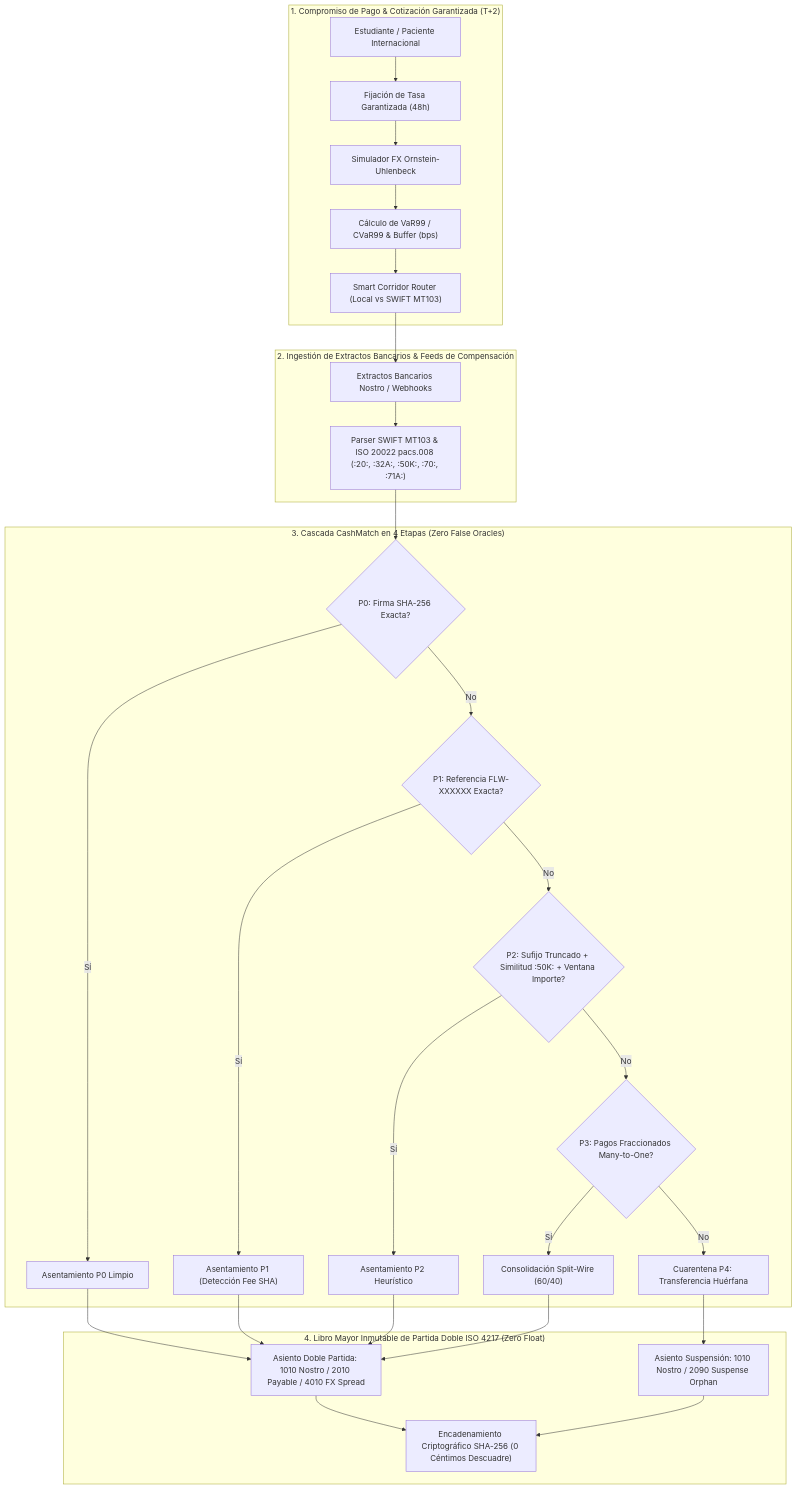
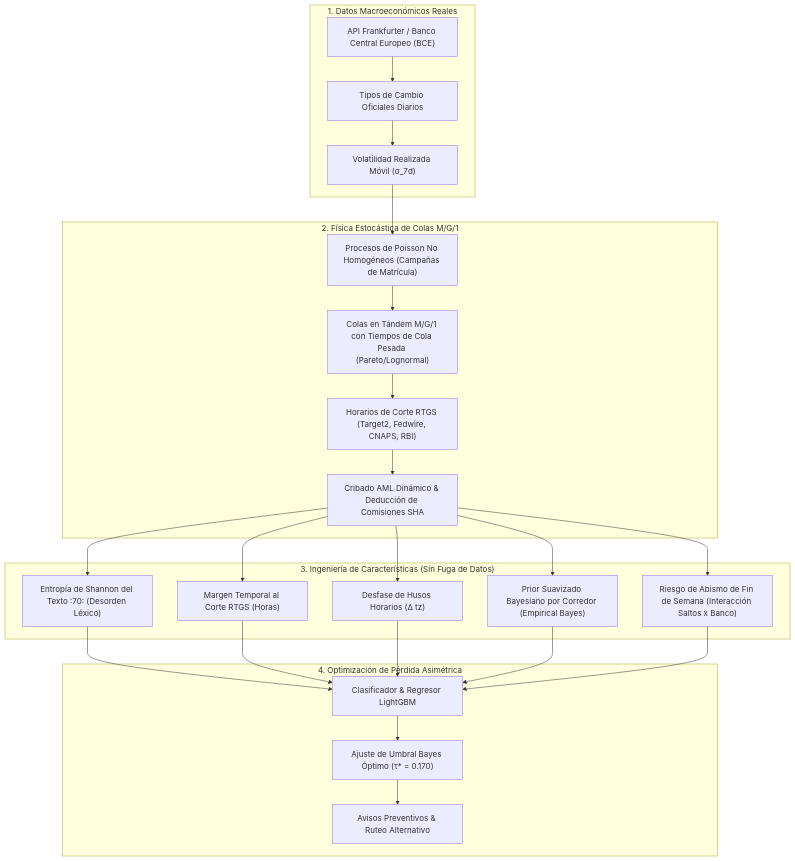
Before and after one commit to JuanDie778/crossborder-fx-reconciliation: the second of 3 diagrams in README.md, drawn with Mermaid. The commit also changed other lines of this file and 31 other files, not shown here.

````diff
--- a/README.md
+++ b/README.md
@@ -22,32 +106,28 @@
 ```mermaid
 flowchart TD
-    subgraph S1["1. Compromiso de Pago & Cotización Garantizada (T+2)"]
-        A["Estudiante / Paciente Internacional"] --> B["Fijación de Tasa Garantizada (48h)"]
-        B --> C["Simulador FX Ornstein-Uhlenbeck"]
-        C --> D["Cálculo de VaR99 / CVaR99 & Buffer (bps)"]
-        D --> E["Smart Corridor Router (Local vs SWIFT MT103)"]
+    subgraph S1["1. Datos Macroeconómicos Reales"]
+        A["API Frankfurter / Banco Central Europeo (BCE)"] --> B["Tipos de Cambio Oficiales Diarios"]
+        B --> C["Volatilidad Realizada Móvil (σ_7d)"]
     end
 
-    subgraph S2["2. Ingestión de Extractos Bancarios & Feeds de Compensación"]
-        E --> F["Extractos Bancarios Nostro / Webhooks"]
-        F --> G["Parser SWIFT MT103 & ISO 20022 pacs.008 (:20:, :32A:, :50K:, :70:, :71A:)"]
+    subgraph S2["2. Física Estocástica de Colas M/G/1"]
+        C --> D["Procesos de Poisson No Homogéneos (Campañas de Matrícula)"]
+        D --> E["Colas en Tándem M/G/1 con Tiempos de Cola Pesada (Pareto/Lognormal)"]
+        E --> F["Horarios de Corte RTGS (Target2, Fedwire, CNAPS, RBI)"]
+        F --> G["Cribado AML Dinámico & Deducción de Comisiones SHA"]
     end
 
-    subgraph S3["3. Cascada CashMatch en 4 Etapas (Zero False Oracles)"]
-        G --> P0{"P0: Firma SHA-256 Exacta?"}
-        P0 -- Sí --> R0["Asentamiento P0 Limpio"]
-        P0 -- No --> P1{"P1: Referencia FLW-XXXXXX Exacta?"}
-        P1 -- Sí --> R1["Asentamiento P1 (Detección Fee SHA)"]
-        P1 -- No --> P2{"P2: Sufijo Truncado + Similitud :50K: + Ventana Importe?"}
-        P2 -- Sí --> R2["Asentamiento P2 Heurístico"]
-        P2 -- No --> P3{"P3: Pagos Fraccionados Many-to-One?"}
-        P3 -- Sí --> R3["Consolidación Split-Wire (60/40)"]
-        P3 -- No --> P4["Cuarentena P4: Transferencia Huérfana"]
+    subgraph S3["3. Ingeniería de Características (Sin Fuga de Datos)"]
+        G --> H["Entropía de Shannon del Texto :70: (Desorden Léxico)"]
+        G --> I["Margen Temporal al Corte RTGS (Horas)"]
+        G --> J["Desfase de Husos Horarios (Δ tz)"]
+        G --> K["Prior Suavizado Bayesiano por Corredor (Empirical Bayes)"]
+        G --> L["Riesgo de Abismo de Fin de Semana (Interacción Saltos x Banco)"]
     end
 
-    subgraph S4["4. Libro Mayor Inmutable de Partida Doble ISO 4217 (Zero Float)"]
-        R0 & R1 & R2 & R3 --> L1["Asiento Doble Partida: 1010 Nostro / 2010 Payable / 4010 FX Spread"]
-        P4 --> L2["Asiento Suspensión: 1010 Nostro / 2090 Suspense Orphan"]
-        L1 & L2 --> L3["Encadenamiento Criptográfico SHA-256 (0 Céntimos Descuadre)"]
+    subgraph S4["4. Optimización de Pérdida Asimétrica"]
+        H & I & J & K & L --> M["Clasificador & Regresor LightGBM"]
+        M --> N["Ajuste de Umbral Bayes Óptimo (τ* = 0.170)"]
+        N --> O["Avisos Preventivos & Ruteo Alternativo"]
     end
 ```
````
